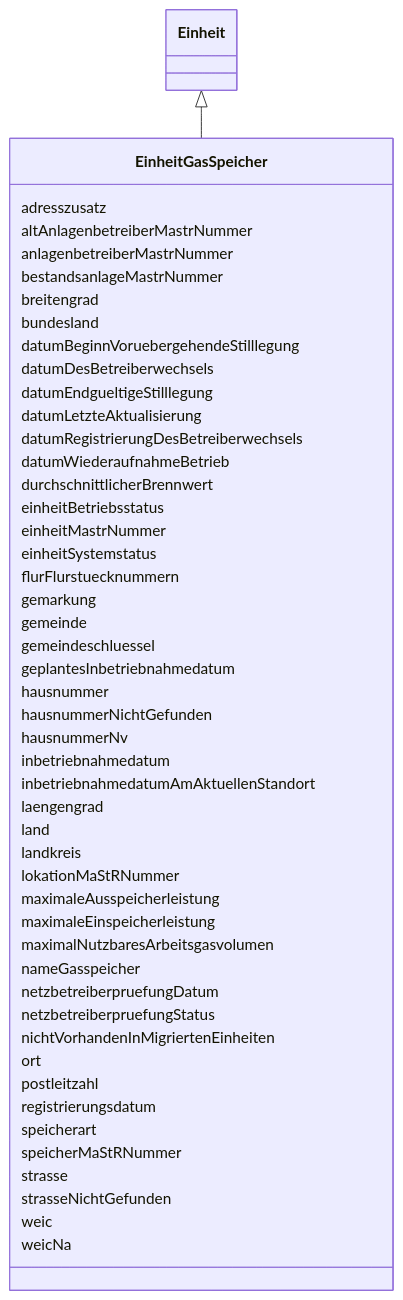
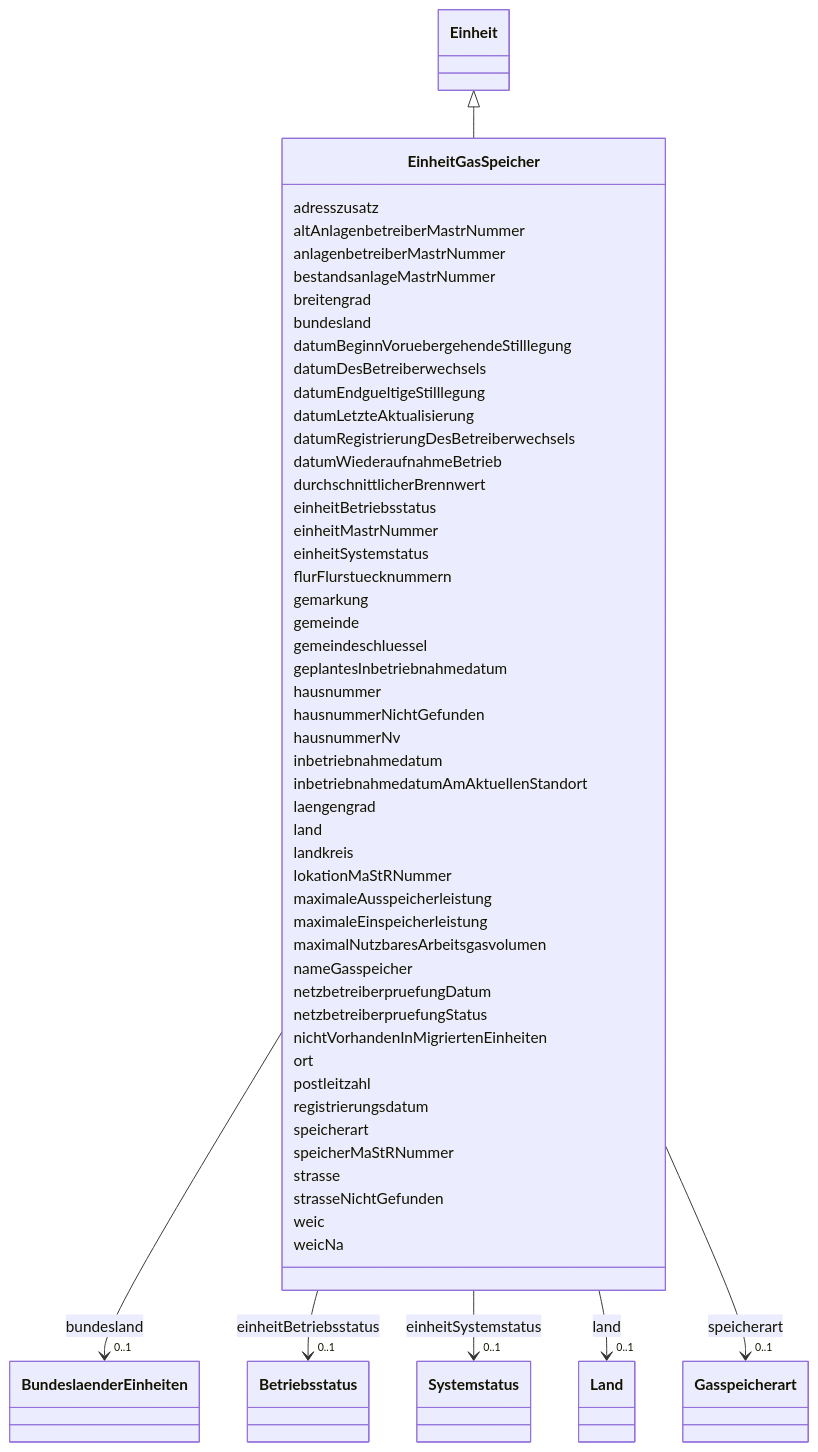
Before and after one commit to FlorianK13/mastr-model: the diagram in docs/schema/classes/EinheitGasSpeicher.md, drawn with Mermaid. The commit also changed other lines of this file and 86 other files, not shown here.

```diff
--- a/docs/schema/classes/EinheitGasSpeicher.md
+++ b/docs/schema/classes/EinheitGasSpeicher.md
@@ -34,6 +34,15 @@
         
       EinheitGasSpeicher : bundesland
         
+          
+    
+        
+        
+        EinheitGasSpeicher --> "0..1" BundeslaenderEinheiten : bundesland
+        click BundeslaenderEinheiten href "../../enums/BundeslaenderEinheiten/"
+    
+
+        
       EinheitGasSpeicher : datumBeginnVoruebergehendeStilllegung
         
       EinheitGasSpeicher : datumDesBetreiberwechsels
@@ -50,9 +59,27 @@
         
       EinheitGasSpeicher : einheitBetriebsstatus
         
+          
+    
+        
+        
+        EinheitGasSpeicher --> "0..1" Betriebsstatus : einheitBetriebsstatus
+        click Betriebsstatus href "../../enums/Betriebsstatus/"
+    
+
+        
       EinheitGasSpeicher : einheitMastrNummer
         
       EinheitGasSpeicher : einheitSystemstatus
+        
+          
+    
+        
+        
+        EinheitGasSpeicher --> "0..1" Systemstatus : einheitSystemstatus
+        click Systemstatus href "../../enums/Systemstatus/"
+    
+
         
       EinheitGasSpeicher : flurFlurstuecknummern
         
@@ -77,6 +104,15 @@
       EinheitGasSpeicher : laengengrad
         
       EinheitGasSpeicher : land
+        
+          
+    
+        
+        
+        EinheitGasSpeicher --> "0..1" Land : land
+        click Land href "../../enums/Land/"
+    
+
         
       EinheitGasSpeicher : landkreis
         
@@ -104,6 +140,15 @@
         
       EinheitGasSpeicher : speicherart
         
+          
+    
+        
+        
+        EinheitGasSpeicher --> "0..1" Gasspeicherart : speicherart
+        click Gasspeicherart href "../../enums/Gasspeicherart/"
+    
+
+        
       EinheitGasSpeicher : speicherMaStRNummer
         
       EinheitGasSpeicher : strasse
```
